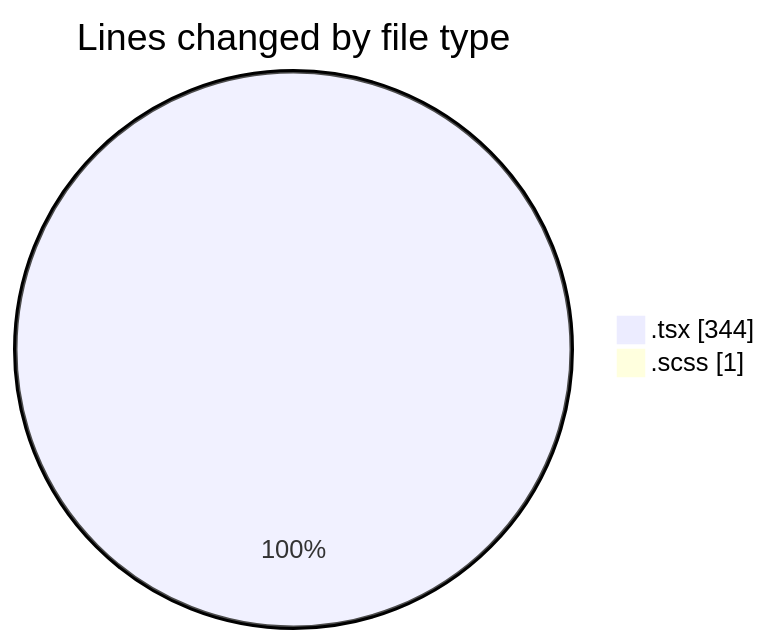
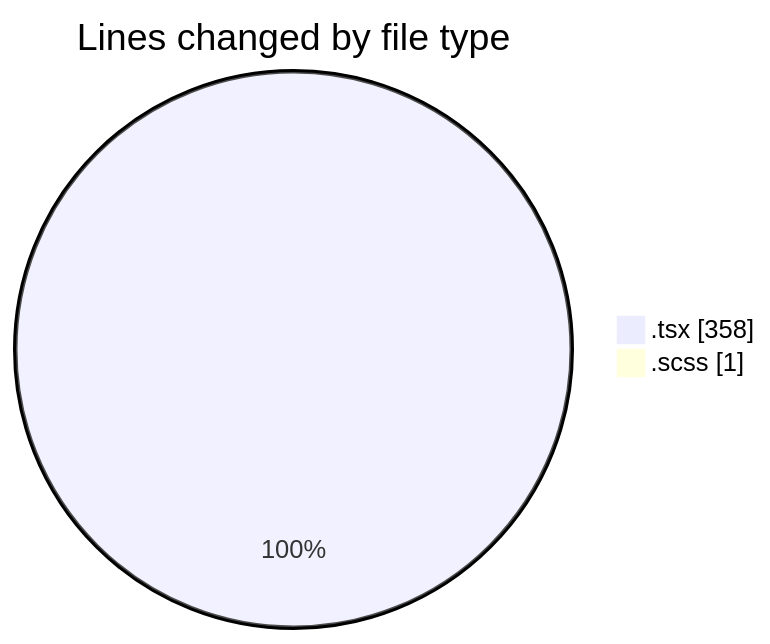
The first of 2 diagrams in 2025-03-19/cda/README.md (momahboobian/code-tracking), drawn with Mermaid before and after one commit. The commit also changed other lines of this file and 1 other file, not shown here.

````diff
--- a/2025-03-19/cda/README.md
+++ b/2025-03-19/cda/README.md
@@ -23,6 +23,6 @@
 ```mermaid
 pie showData
 title Lines changed by file type
-".tsx" : 344
+".tsx" : 358
 ".scss" : 1
 ```
````
